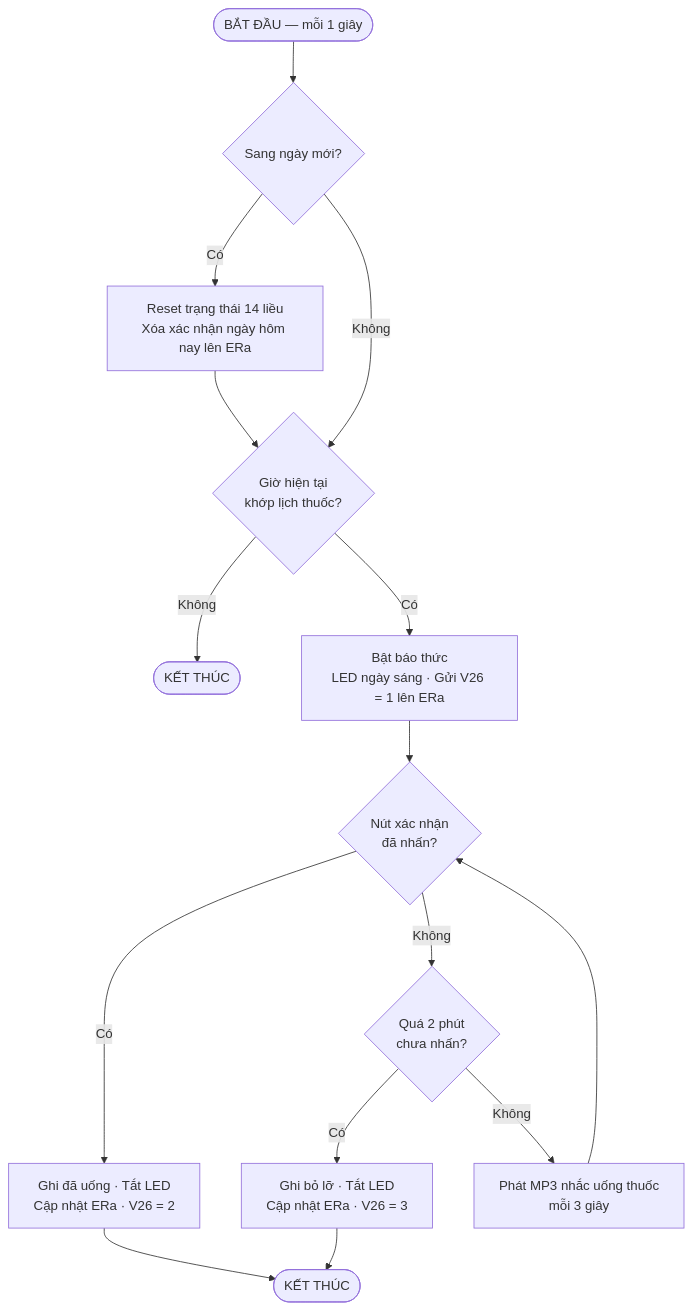
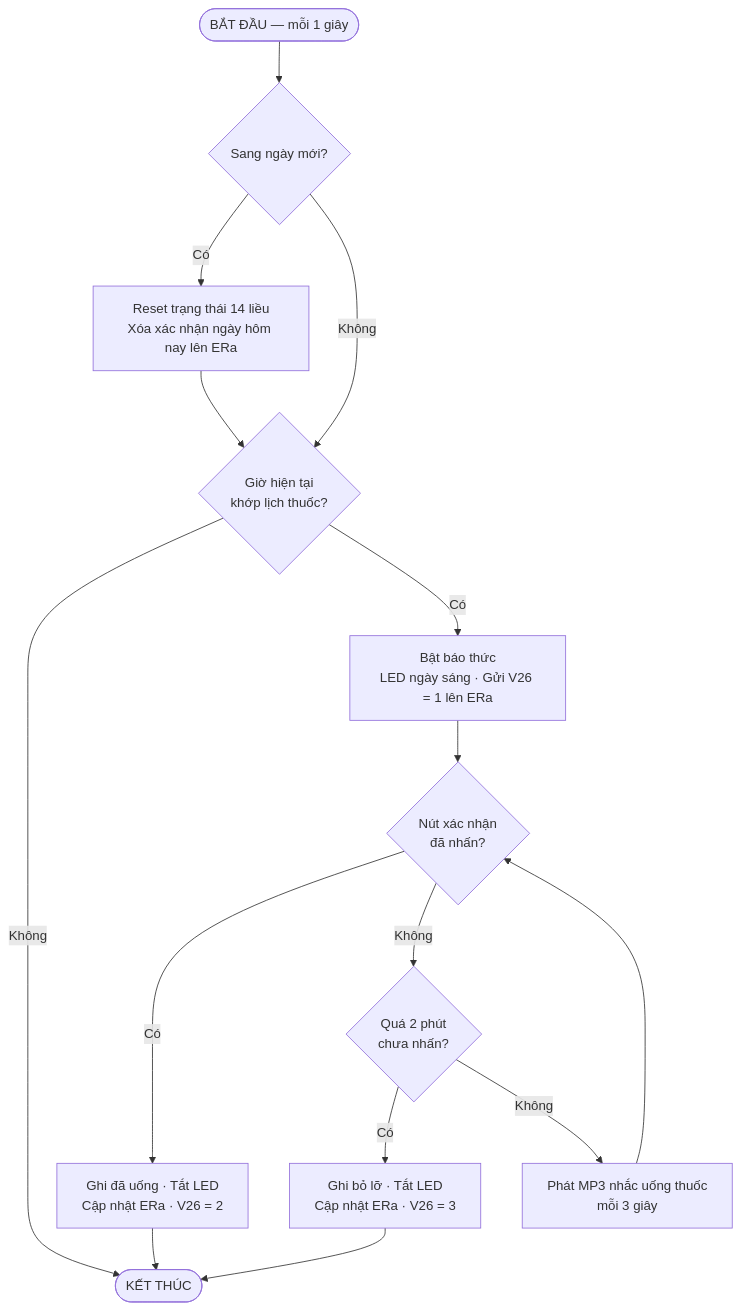
Before and after one commit to kimthanh2301/demo: the second of 5 diagrams in readme.md, drawn with Mermaid. The commit also changed other lines of this file, not shown here.

Commit message:
Refactor flowchart nodes and connections in README

````diff
--- a/readme.md
+++ b/readme.md
@@ -31,25 +31,24 @@
 ```mermaid
 flowchart TD
     S([BẮT ĐẦU — mỗi 1 giây])
     A{"Sang ngày mới?"}
     A1["Reset trạng thái 14 liều\nXóa xác nhận ngày hôm nay lên ERa"]
     B{"Giờ hiện tại\nkhớp lịch thuốc?"}
-    B1([KẾT THÚC])
     C["Bật báo thức\nLED ngày sáng · Gửi V26 = 1 lên ERa"]
     D{"Nút xác nhận\nđã nhấn?"}
     E["Ghi đã uống · Tắt LED\nCập nhật ERa · V26 = 2"]
     F{"Quá 2 phút\nchưa nhấn?"}
     G["Ghi bỏ lỡ · Tắt LED\nCập nhật ERa · V26 = 3"]
     H["Phát MP3 nhắc uống thuốc\nmỗi 3 giây"]
     END([KẾT THÚC])
 
     S --> A
     A -- Có --> A1 --> B
     A -- Không --> B
-    B -- Không --> B1
+    B -- Không --> END
     B -- Có --> C --> D
     D -- Có --> E --> END
     D -- Không --> F
     F -- Có --> G --> END
     F -- Không --> H --> D
 ```
````
